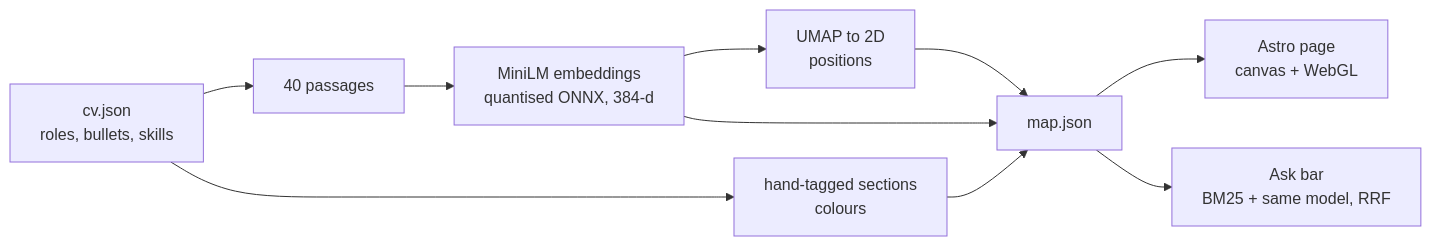
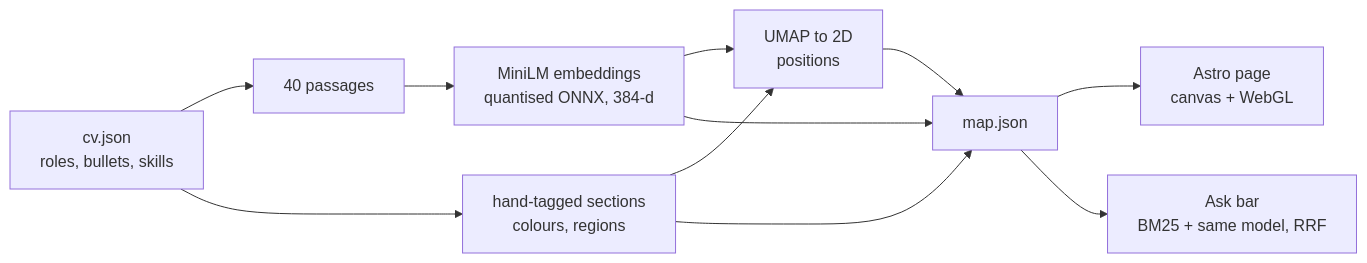
One commit to sudomuhammad/sudomuhammad.github.io changed the diagram in README.md. Above: the diagram before and after it, drawn with Mermaid. The commit also changed other lines of this file and 5 other files, not shown here.

````diff
--- a/README.md
+++ b/README.md
@@ -14,12 +11,13 @@
 ```mermaid
 flowchart LR
   cv[cv.json<br/>roles, bullets, skills] --> passages[40 passages]
   passages --> embed[MiniLM embeddings<br/>quantised ONNX, 384-d]
   embed --> umap[UMAP to 2D<br/>positions]
-  cv --> tags[hand-tagged sections<br/>colours]
+  cv --> tags[hand-tagged sections<br/>colours, regions]
+  tags --> umap
   umap --> map[map.json]
   tags --> map
   embed --> map
   map --> page[Astro page<br/>canvas + WebGL]
   map --> ask[Ask bar<br/>BM25 + same model, RRF]
 ```
````
